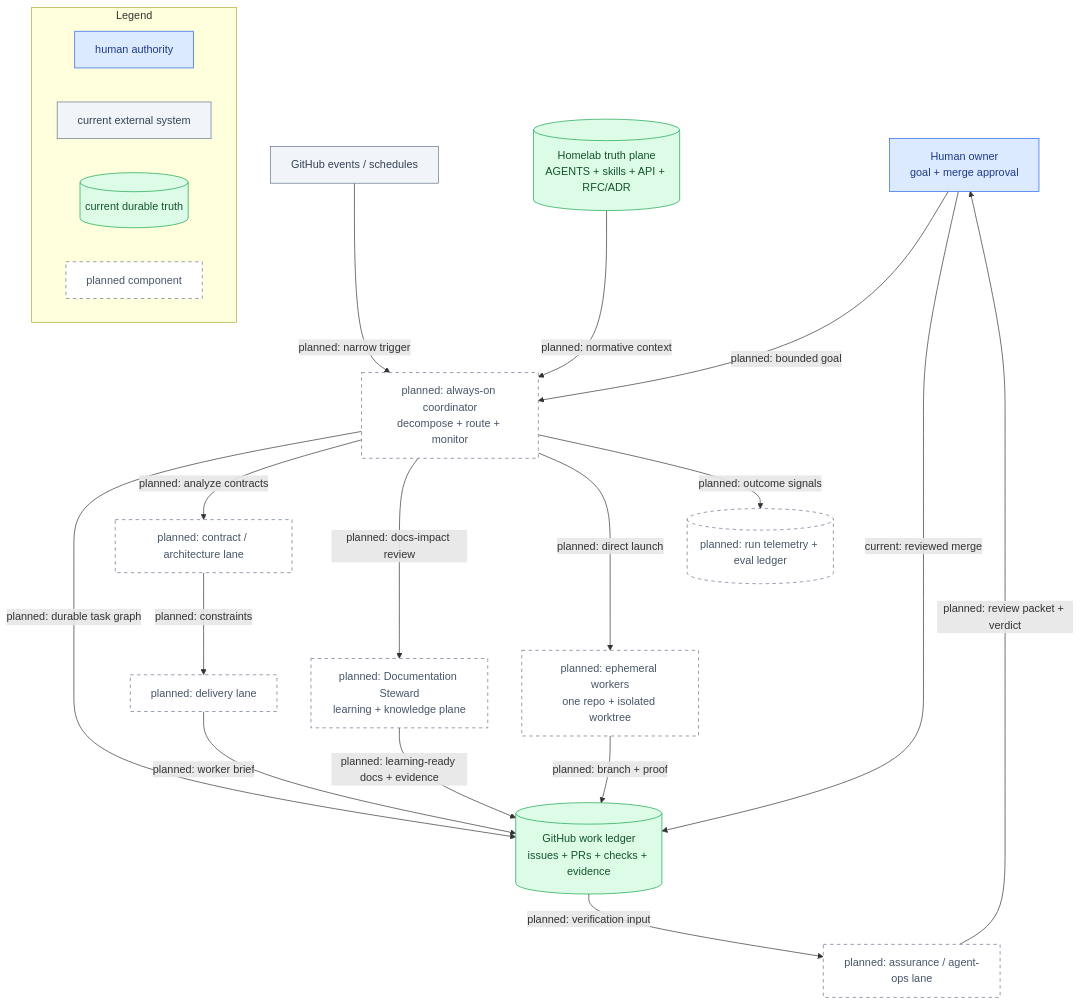
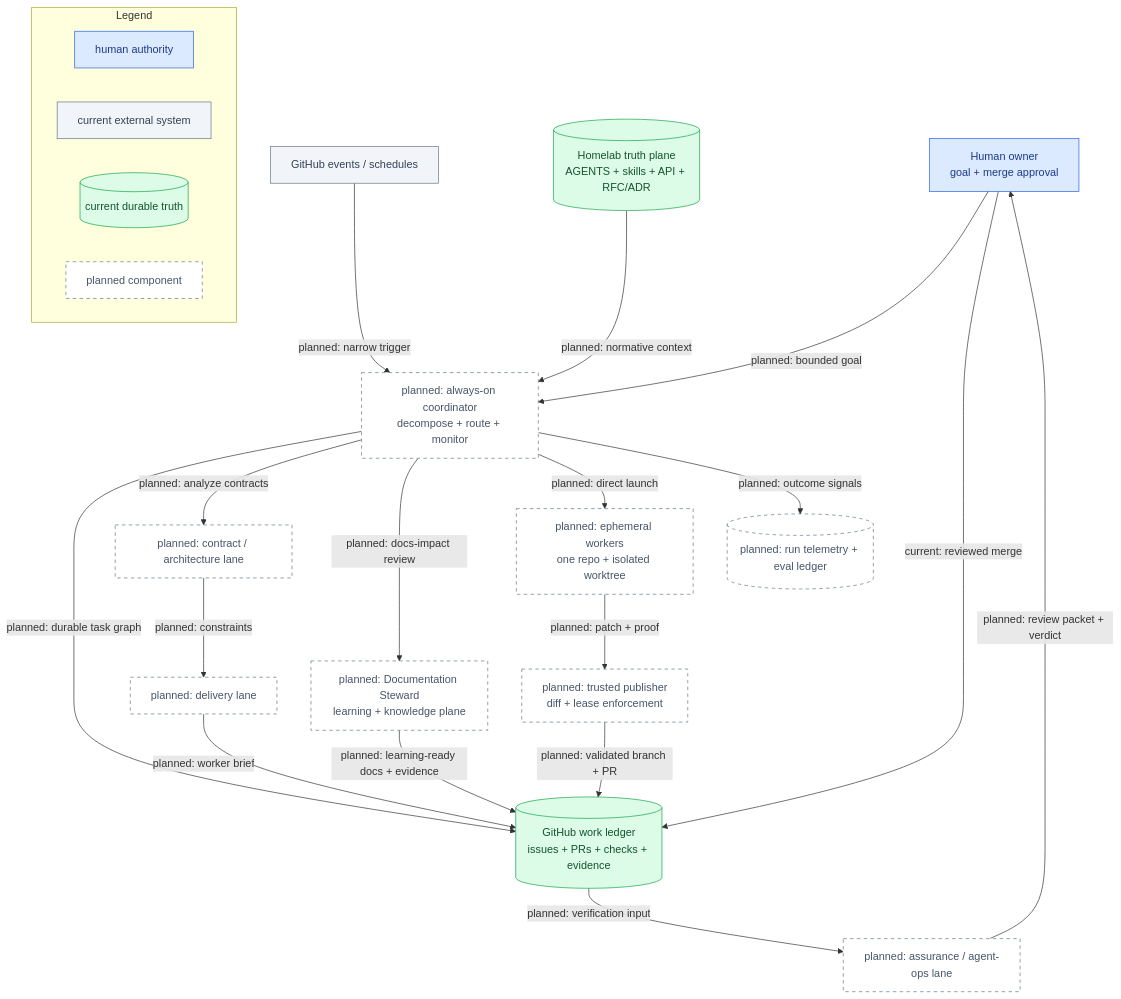
Before and after one commit to duynhlab/homelab: the first of 2 diagrams in docs/proposals/rfc/RFC-0033/research.md, drawn with Mermaid. The commit also changed other lines of this file and 1 other file, not shown here.

````diff
--- a/docs/proposals/rfc/RFC-0033/research.md
+++ b/docs/proposals/rfc/RFC-0033/research.md
@@ -321,49 +322,51 @@
 ```mermaid
 flowchart TD
   Owner["Human owner<br/>goal + merge approval"]
   Events["GitHub events / schedules"]
   Truth[("Homelab truth plane<br/>AGENTS + skills + API + RFC/ADR")]
   Ledger[("GitHub work ledger<br/>issues + PRs + checks + evidence")]
 
   Coordinator["planned: always-on coordinator<br/>decompose + route + monitor"]
   Contract["planned: contract / architecture lane"]
   Delivery["planned: delivery lane"]
   Assurance["planned: assurance / agent-ops lane"]
   Docs["planned: Documentation Steward<br/>learning + knowledge plane"]
   Workers["planned: ephemeral workers<br/>one repo + isolated worktree"]
+  Publisher["planned: trusted publisher<br/>diff + lease enforcement"]
   Evals[("planned: run telemetry + eval ledger")]
 
   Owner -->|"planned: bounded goal"| Coordinator
   Events -->|"planned: narrow trigger"| Coordinator
   Truth -->|"planned: normative context"| Coordinator
   Coordinator -->|"planned: durable task graph"| Ledger
   Coordinator -->|"planned: analyze contracts"| Contract
   Coordinator -->|"planned: docs-impact review"| Docs
   Contract -->|"planned: constraints"| Delivery
   Delivery -->|"planned: worker brief"| Ledger
   Docs -->|"planned: learning-ready docs + evidence"| Ledger
   Coordinator -->|"planned: direct launch"| Workers
-  Workers -->|"planned: branch + proof"| Ledger
+  Workers -->|"planned: patch + proof"| Publisher
+  Publisher -->|"planned: validated branch + PR"| Ledger
   Ledger -->|"planned: verification input"| Assurance
   Assurance -->|"planned: review packet + verdict"| Owner
   Coordinator -->|"planned: outcome signals"| Evals
   Owner -->|"current: reviewed merge"| Ledger
 
   subgraph Legend["Legend"]
     direction LR
     LHuman["human authority"]
     LExternal["current external system"]
     LData[("current durable truth")]
     LPlanned["planned component"]
   end
 
   class Owner,LHuman edge;
   class Events,LExternal external;
   class Truth,Ledger,LData data;
-  class Coordinator,Contract,Delivery,Assurance,Docs,Workers,Evals,LPlanned planned;
+  class Coordinator,Contract,Delivery,Assurance,Docs,Workers,Publisher,Evals,LPlanned planned;
 
   classDef edge fill:#dbeafe,color:#1e3a8a,stroke:#2563eb;
   classDef data fill:#dcfce7,color:#14532d,stroke:#16a34a;
   classDef external fill:#f1f5f9,color:#334155,stroke:#64748b;
   classDef planned fill:#fff,color:#475569,stroke:#64748b,stroke-dasharray:5 5;
 ```
````
